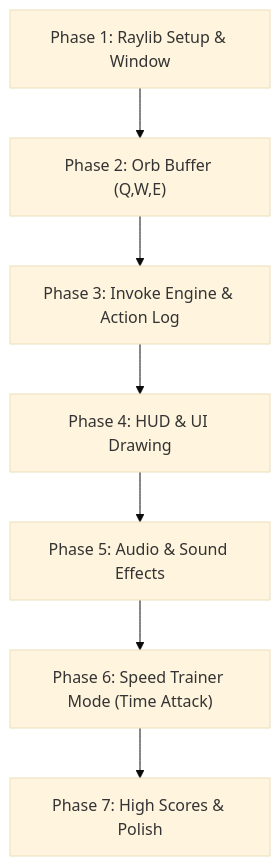
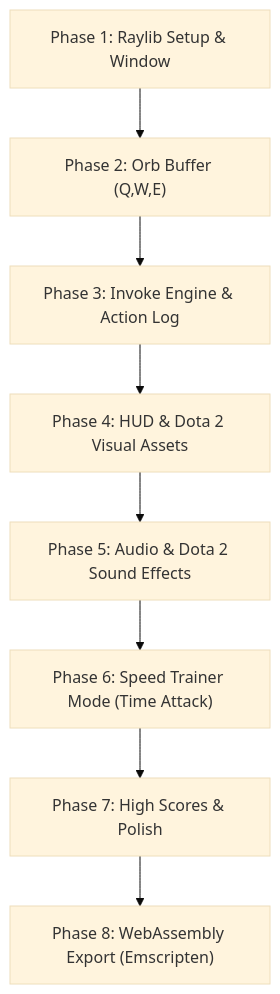
Before and after one commit to rasyidcode/invoker-game: the diagram in ROADMAP.md, drawn with Mermaid (base theme). The commit also changed other lines of this file and 18 other files, not shown here.

Commit message:
feat: implement asset management for Dota 2 spell icons and HUD visuals

````diff
--- a/ROADMAP.md
+++ b/ROADMAP.md
@@ -9,9 +9,10 @@
 ```mermaid
 flowchart TD
     M1["Phase 1: Raylib Setup & Window"] --> M2["Phase 2: Orb Buffer (Q,W,E)"]
     M2 --> M3["Phase 3: Invoke Engine & Action Log"]
-    M3 --> M4["Phase 4: HUD & UI Drawing"]
-    M4 --> M5["Phase 5: Audio & Sound Effects"]
+    M3 --> M4["Phase 4: HUD & Dota 2 Visual Assets"]
+    M4 --> M5["Phase 5: Audio & Dota 2 Sound Effects"]
     M5 --> M6["Phase 6: Speed Trainer Mode (Time Attack)"]
     M6 --> M7["Phase 7: High Scores & Polish"]
+    M7 --> M8["Phase 8: WebAssembly Export (Emscripten)"]
 ```
````
